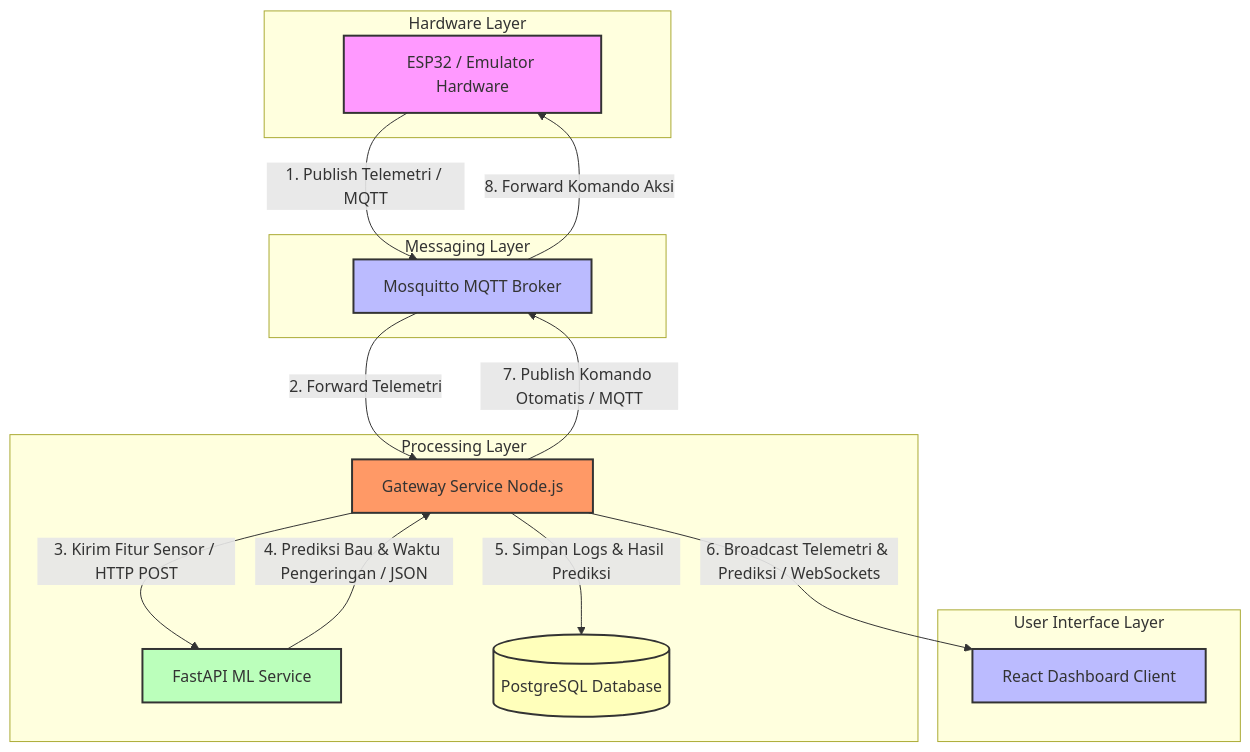
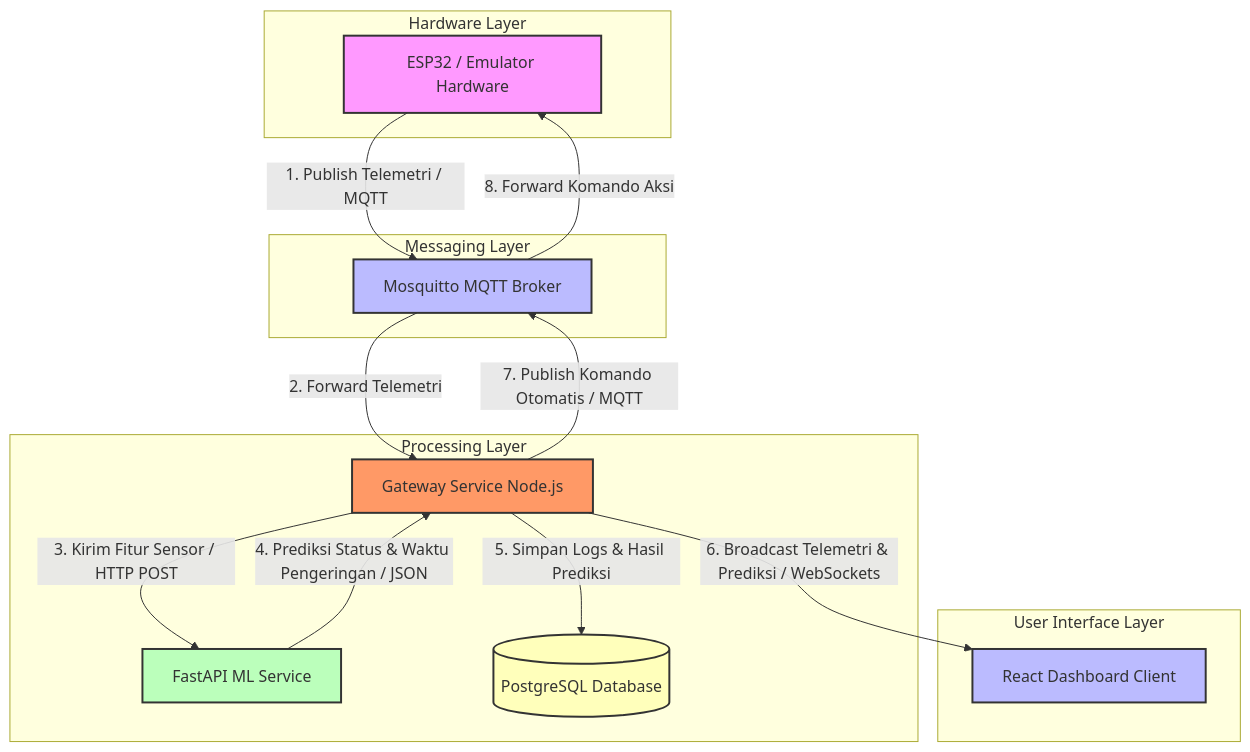
One commit to madgeer/smart-shoes-maintenance changed the first of 6 diagrams in README.md. Above: the diagram before and after it, drawn with Mermaid. The commit also changed other lines of this file and 9 other files, not shown here.

````diff
--- a/README.md
+++ b/README.md
@@ -24,46 +24,46 @@
 ```mermaid
 graph TD
     %% Styling
     classDef iot fill:#f9f,stroke:#333,stroke-width:2px;
     classDef broker fill:#bbf,stroke:#333,stroke-width:2px;
     classDef backend fill:#f96,stroke:#333,stroke-width:2px;
     classDef ml fill:#bfb,stroke:#333,stroke-width:2px;
     classDef db fill:#ffb,stroke:#333,stroke-width:2px;
     classDef client fill:#bbf,stroke:#333,stroke-width:2px;
 
     %% Nodes
     ESP[ESP32 / Emulator Hardware]:::iot
     Mosquitto[Mosquitto MQTT Broker]:::broker
     Gateway[Gateway Service Node.js]:::backend
     FastAPI[FastAPI ML Service]:::ml
     Postgres[(PostgreSQL Database)]:::db
     Dashboard[React Dashboard Client]:::client
 
     %% Connections
     ESP -->|1. Publish Telemetri / MQTT| Mosquitto
     Mosquitto -->|2. Forward Telemetri| Gateway
     Gateway -->|3. Kirim Fitur Sensor / HTTP POST| FastAPI
-    FastAPI -->|4. Prediksi Bau & Waktu Pengeringan / JSON| Gateway
+    FastAPI -->|4. Prediksi Status & Waktu Pengeringan / JSON| Gateway
     Gateway -->|5. Simpan Logs & Hasil Prediksi| Postgres
     Gateway -->|6. Broadcast Telemetri & Prediksi / WebSockets| Dashboard
     Gateway -->|7. Publish Komando Otomatis / MQTT| Mosquitto
     Mosquitto -->|8. Forward Komando Aksi| ESP
 
     subgraph Hardware Layer
         ESP
     end
 
     subgraph Messaging Layer
         Mosquitto
     end
 
     subgraph Processing Layer
         Gateway
         FastAPI
         Postgres
     end
 
     subgraph User Interface Layer
         Dashboard
     end
 ```
````
